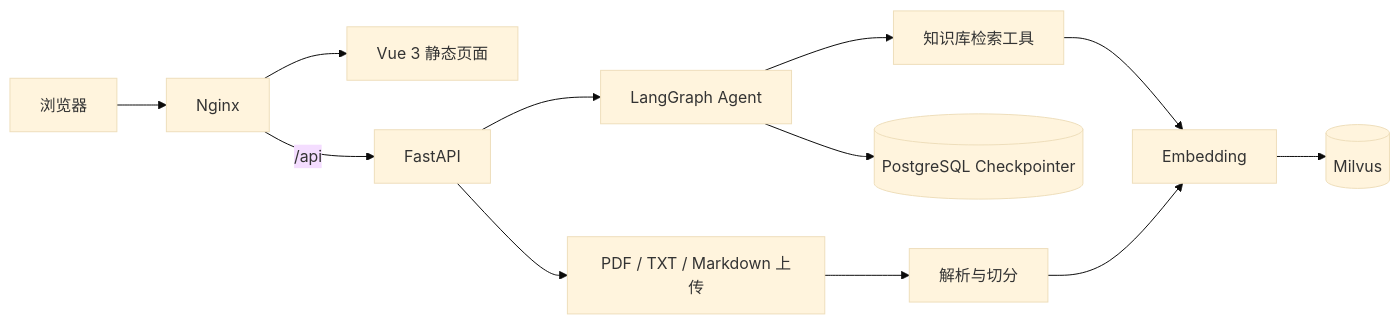
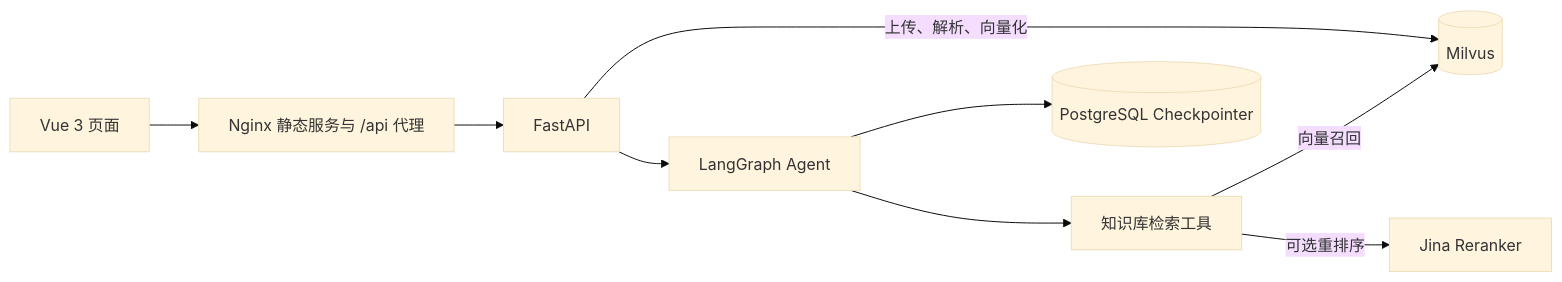
Before and after one commit to Waiting206/Agentic-RAG--starbridge-Assistance: the diagram in README.md, drawn with Mermaid (base theme). The commit also changed other lines of this file and 6 other files, not shown here.

````diff
--- a/README.md
+++ b/README.md
@@ -28,14 +18,11 @@
 ```mermaid
 flowchart LR
-    U[浏览器] --> N[Nginx]
-    N --> V[Vue 3 静态页面]
-    N -->|/api| F[FastAPI]
-    F --> A[LangGraph Agent]
-    A --> T[知识库检索工具]
-    T --> E[Embedding]
-    E --> M[(Milvus)]
-    A --> P[(PostgreSQL Checkpointer)]
-    F --> S[PDF / TXT / Markdown 上传]
-    S --> C[解析与切分]
-    C --> E
+    Browser[Vue 3 页面] --> Nginx[Nginx 静态服务与 /api 代理]
+    Nginx --> API[FastAPI]
+    API --> Agent[LangGraph Agent]
+    Agent --> Tool[知识库检索工具]
+    Tool -->|向量召回| Milvus[(Milvus)]
+    Tool -->|可选重排序| Jina[Jina Reranker]
+    Agent --> PG[(PostgreSQL Checkpointer)]
+    API -->|上传、解析、向量化| Milvus
 ```
````
